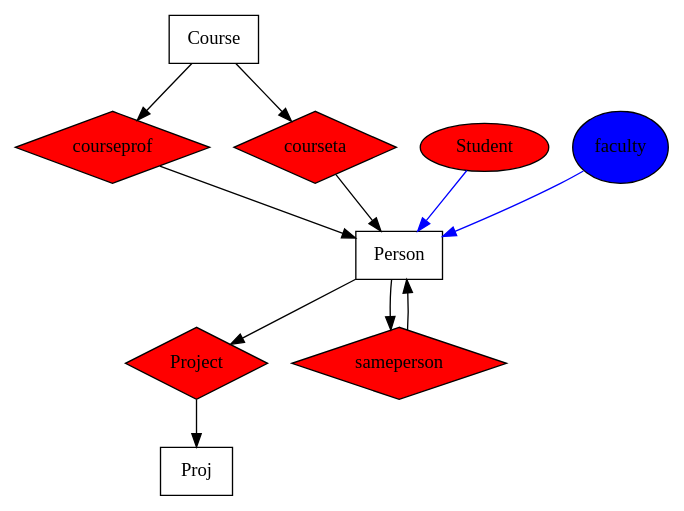
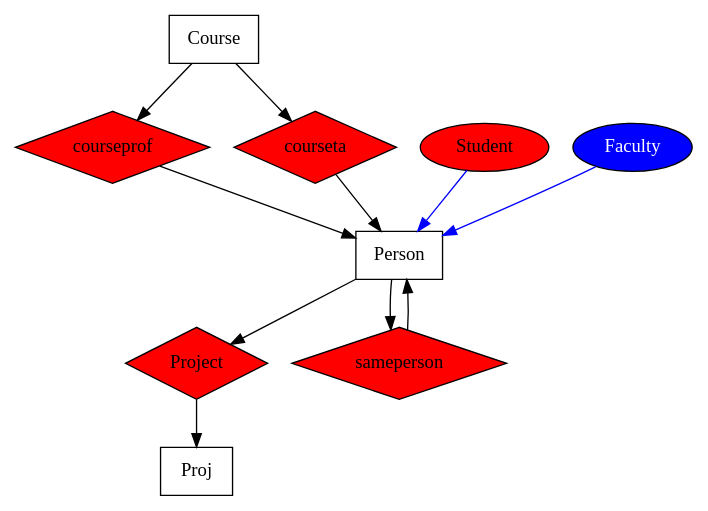
The diagram in diagrams/webkb.dot (harshakokel/JA-Walk-ER), drawn with Graphviz before and after one commit. The commit also changed 24 other files, not shown here.

```diff
--- a/diagrams/webkb.dot
+++ b/diagrams/webkb.dot
@@ -1,48 +1,48 @@
 digraph G {
     style="filled";
     edge [comment="Wildcard node added automatic in EG."];
     node [comment="Wildcard node added automatic in EG."];
     "Course" [shape="box"];
     "Person" [shape="box"];
     "Project" [width="0.5", 
                style="filled", 
                orientation="45.0", 
                shape="polygon", 
                fillcolor="red", 
                height="0.75"];
     "Student" [style="filled", 
                fillcolor="red"];
     "courseprof" [width="0.5", 
                   style="filled", 
                   orientation="45.0", 
-                  height="0.75", 
+                  distortion="0.0", 
                   shape="polygon", 
                   fillcolor="red", 
-                  distortion="0.0"];
-    "courseta" [orientation="45.0", 
+                  height="0.75"];
+    "courseta" [height="0.75", 
                 shape="polygon", 
                 style="filled", 
-                fillcolor="red", 
-                height="0.75"];
-    "faculty" [style="filled", 
-               orientation="45.0", 
-               fillcolor="blue", 
-               height="0.75"];
+                orientation="45.0", 
+                fillcolor="red"];
     "Proj" [shape="box"];
-    "sameperson" [orientation="45.0", 
+    "sameperson" [height="0.75", 
                   shape="polygon", 
                   style="filled", 
-                  fillcolor="red", 
-                  height="0.75"];
+                  orientation="45.0", 
+                  fillcolor="red"];
     "Person" -> "sameperson";
     "sameperson" -> "Person";
     "Person" -> "Project";
     "Project" -> "Proj";
     "Student" -> "Person"  [color="blue", 
                             style="solid"];
-    "faculty" -> "Person"  [color="blue"];
     "Course" -> "courseta";
     "courseta" -> "Person";
     "Course" -> "courseprof";
     "courseprof" -> "Person";
+    "Faculty" [fontcolor="white", 
+               shape="ellipse", 
+               style="filled", 
+               fillcolor="blue"];
+    "Faculty" -> "Person"  [color="blue"];
 }
```
